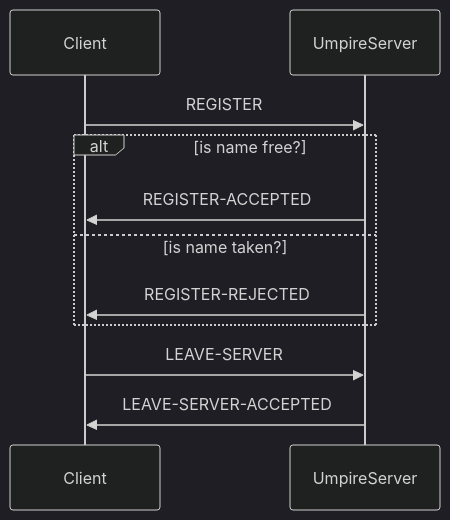
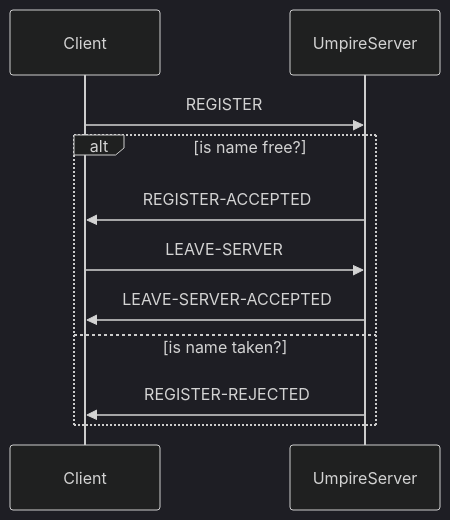
The diagram in doc/sequenceDiagramsMmd/userConnection.mmd (mgonnet/umpire), drawn with Mermaid (dark theme) before and after one commit. The commit also changed 1 other file, not shown here.

```diff
--- a/doc/sequenceDiagramsMmd/userConnection.mmd
+++ b/doc/sequenceDiagramsMmd/userConnection.mmd
@@ -1,11 +1,11 @@
 sequenceDiagram
   participant Client
 	participant UmpireServer
   Client->>UmpireServer: REGISTER
 	alt is name free?
     UmpireServer->>Client: REGISTER-ACCEPTED
+    Client->>UmpireServer: LEAVE-SERVER
+    UmpireServer->>Client: LEAVE-SERVER-ACCEPTED
   else is name taken?
     UmpireServer->>Client: REGISTER-REJECTED
-  end
-  Client->>UmpireServer: LEAVE-SERVER
-  UmpireServer->>Client: LEAVE-SERVER-ACCEPTED
+  end  
```
